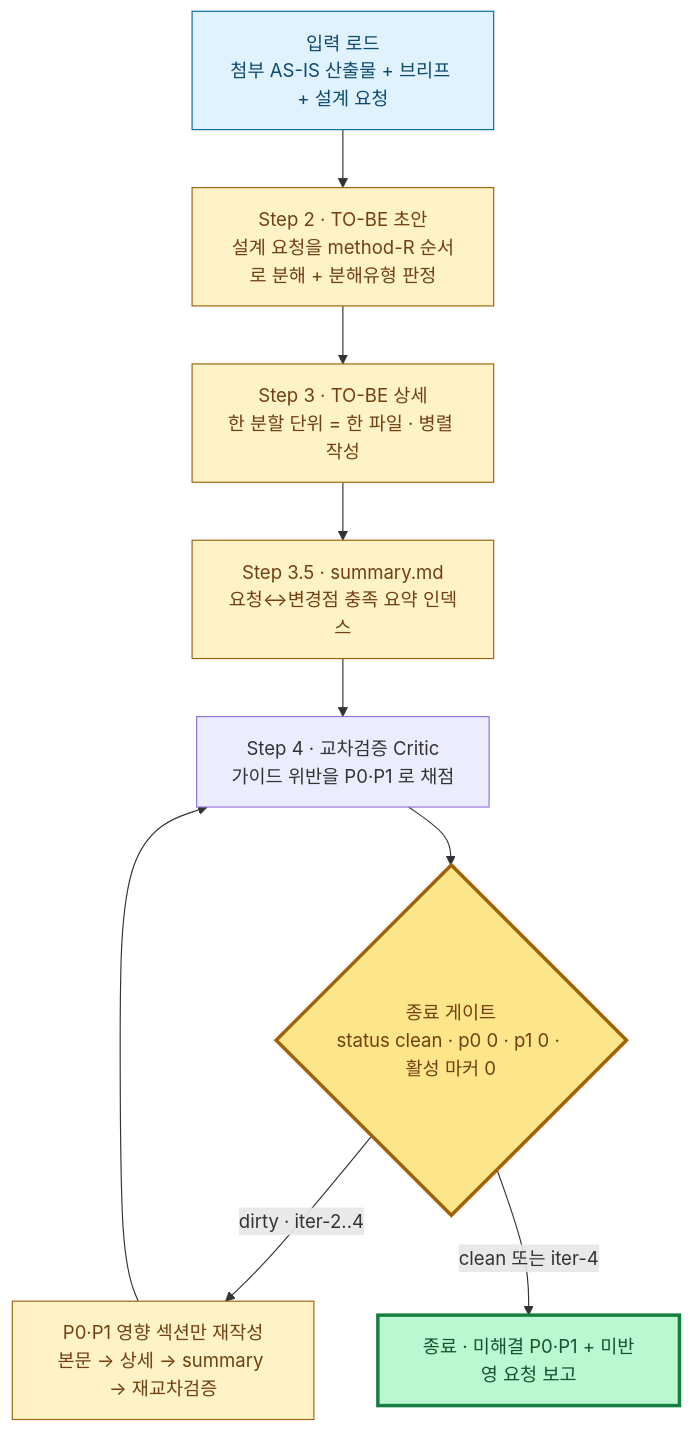
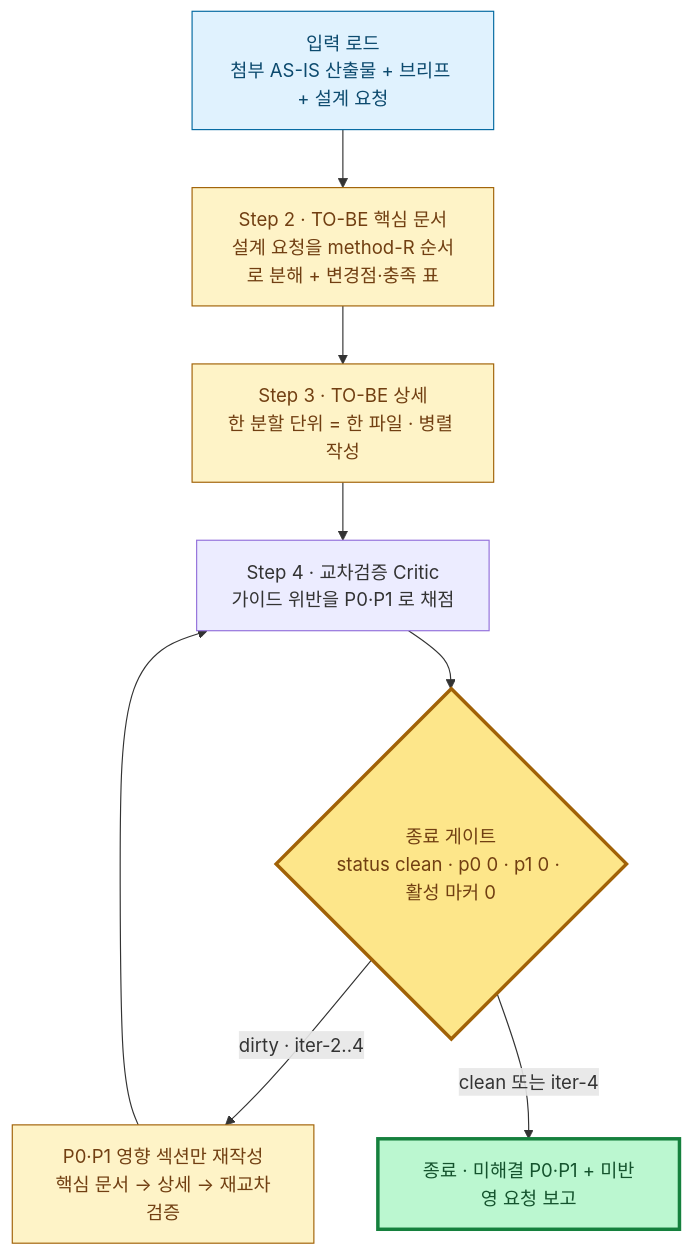
Before and after one commit to ryujt/project-guides: the diagram in prompts/system-design-to-be-prompt.md, drawn with Mermaid. The commit also changed other lines of this file and 3 other files, not shown here.

````diff
--- a/prompts/system-design-to-be-prompt.md
+++ b/prompts/system-design-to-be-prompt.md
@@ -46,23 +46,22 @@
 ```mermaid
 flowchart TB
   IN["입력 로드<br/>첨부 AS-IS 산출물 + 브리프 + 설계 요청"]
-  S2["Step 2 · TO-BE 초안<br/>설계 요청을 method-R 순서로 분해 + 분해유형 판정"]
+  S2["Step 2 · TO-BE 핵심 문서<br/>설계 요청을 method-R 순서로 분해 + 변경점·충족 표"]
   S3["Step 3 · TO-BE 상세<br/>한 분할 단위 = 한 파일 · 병렬 작성"]
-  SUM["Step 3.5 · summary.md<br/>요청↔변경점 충족 요약 인덱스"]
   S4["Step 4 · 교차검증 Critic<br/>가이드 위반을 P0·P1 로 채점"]
   GATE{"종료 게이트<br/>status clean · p0 0 · p1 0 · 활성 마커 0"}
-  LOOP["P0·P1 영향 섹션만 재작성<br/>본문 → 상세 → summary → 재교차검증"]
+  LOOP["P0·P1 영향 섹션만 재작성<br/>핵심 문서 → 상세 → 재교차검증"]
   DONE["종료 · 미해결 P0·P1 + 미반영 요청 보고"]
-  IN --> S2 --> S3 --> SUM --> S4 --> GATE
+  IN --> S2 --> S3 --> S4 --> GATE
   GATE -->|"dirty · iter-2..4"| LOOP
   LOOP --> S4
   GATE -->|"clean 또는 iter-4"| DONE
   classDef prep fill:#e0f2fe,stroke:#0369a1,color:#0c4a6e
   classDef main fill:#fef3c7,stroke:#a16207,color:#713f12
   classDef gate fill:#fde68a,stroke:#a16207,stroke-width:3px,color:#713f12
   classDef done fill:#bbf7d0,stroke:#15803d,stroke-width:3px,color:#14532d
   class IN prep
-  class S2,S3,SUM,LOOP main
+  class S2,S3,LOOP main
   class GATE gate
   class DONE done
 ```
````
